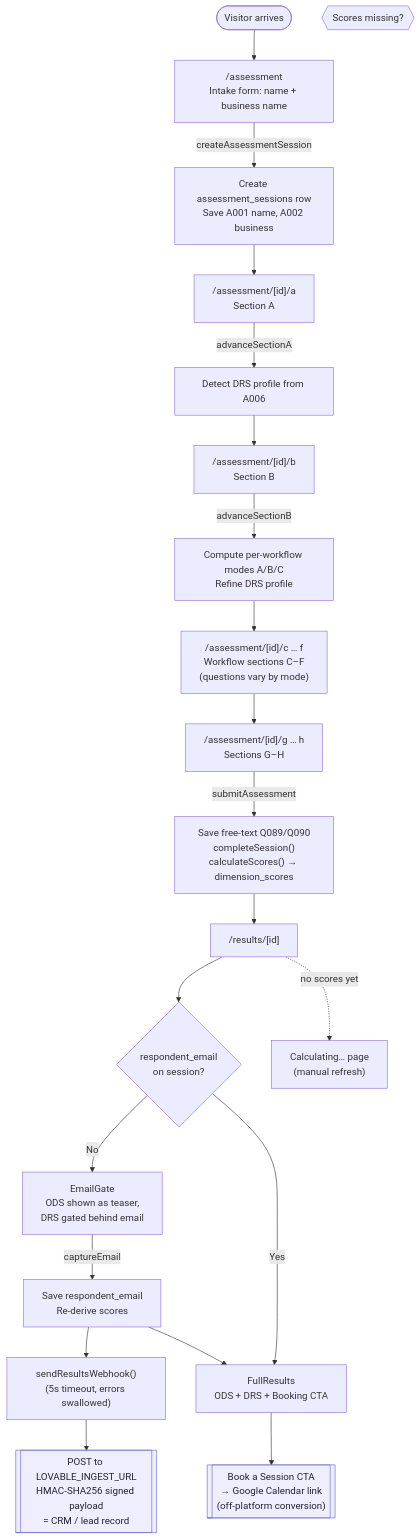
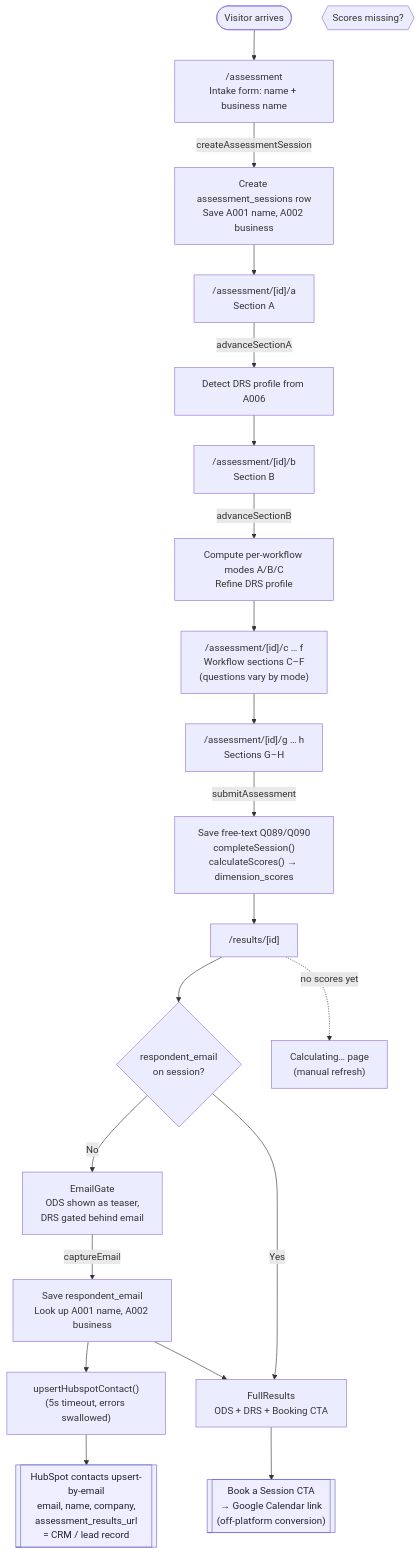
One commit to brianneika/ownership-debt-assessment changed the first of 2 diagrams in plans/application-flow.md. Above: the diagram before and after it, drawn with Mermaid. The commit also changed other lines of this file and 5 other files, not shown here.

First line of the commit message:
Replace Lovable CRM webhook with HubSpot contact sync

````diff
--- a/plans/application-flow.md
+++ b/plans/application-flow.md
@@ -9,32 +9,32 @@
 ```mermaid
 flowchart TD
     Start([Visitor arrives]) --> Landing["/assessment<br/>Intake form: name + business name"]
     Landing -->|createAssessmentSession| Session["Create assessment_sessions row<br/>Save A001 name, A002 business"]
     Session --> SecA["/assessment/[id]/a<br/>Section A"]
 
     SecA -->|advanceSectionA| DrsProfile["Detect DRS profile from A006"]
     DrsProfile --> SecB["/assessment/[id]/b<br/>Section B"]
     SecB -->|advanceSectionB| Modes["Compute per-workflow modes A/B/C<br/>Refine DRS profile"]
     Modes --> Workflows["/assessment/[id]/c … f<br/>Workflow sections C–F<br/>(questions vary by mode)"]
     Workflows --> SecGH["/assessment/[id]/g … h<br/>Sections G–H"]
 
     SecGH -->|submitAssessment| Submit["Save free-text Q089/Q090<br/>completeSession()<br/>calculateScores() → dimension_scores"]
     Submit --> Results["/results/[id]"]
 
     Results --> HasEmail{respondent_email<br/>on session?}
     HasEmail -->|No| Gate["EmailGate<br/>ODS shown as teaser,<br/>DRS gated behind email"]
     HasEmail -->|Yes| Full["FullResults<br/>ODS + DRS + Booking CTA"]
 
-    Gate -->|captureEmail| Capture["Save respondent_email<br/>Re-derive scores"]
-    Capture --> Webhook["sendResultsWebhook()<br/>(5s timeout, errors swallowed)"]
-    Webhook --> CRM[["POST to LOVABLE_INGEST_URL<br/>HMAC-SHA256 signed payload<br/>= CRM / lead record"]]
+    Gate -->|captureEmail| Capture["Save respondent_email<br/>Look up A001 name, A002 business"]
+    Capture --> Hubspot["upsertHubspotContact()<br/>(5s timeout, errors swallowed)"]
+    Hubspot --> CRM[["HubSpot contacts upsert-by-email<br/>email, name, company,<br/>assessment_results_url<br/>= CRM / lead record"]]
     Capture --> Full
 
     Full --> Booking[["Book a Session CTA<br/>→ Google Calendar link<br/>(off-platform conversion)"]]
 
     Scores{{"Scores missing?"}}
     Results -.no scores yet.-> Calculating["Calculating… page<br/>(manual refresh)"]
 
     classDef external fill:#eef,stroke:#66c,color:#223;
     class CRM,Booking external;
 ```
````
